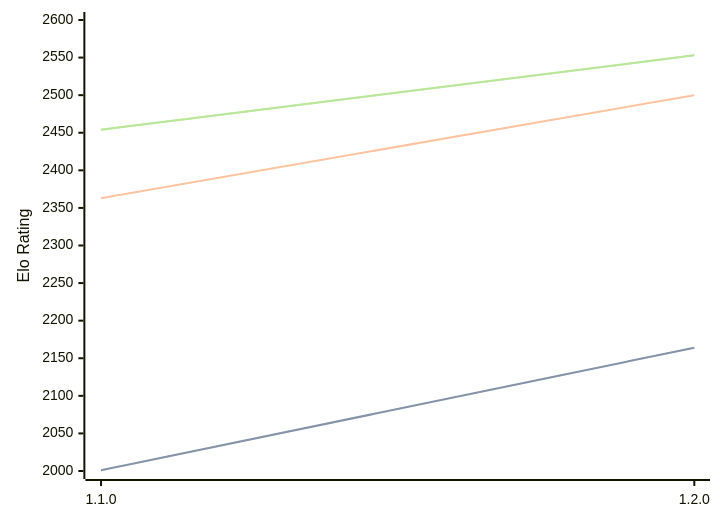
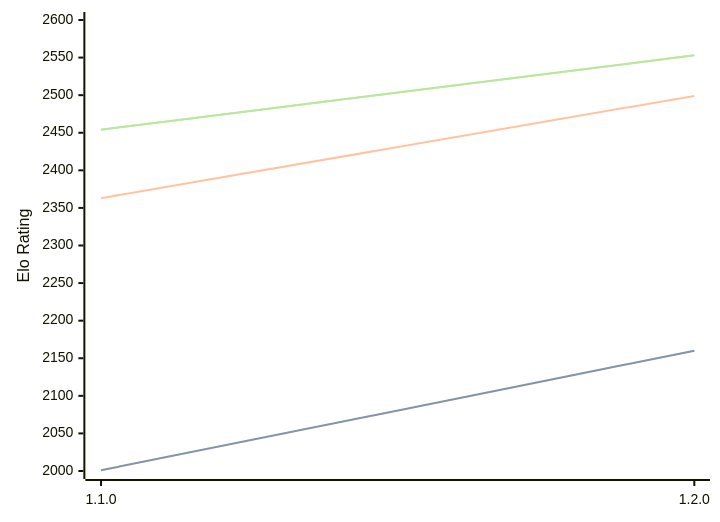
One commit to computer-chess-index/cci changed the diagram in engines/Gyatso.md. Above: the diagram before and after it, drawn with Mermaid. The commit also changed other lines of this file, not shown here.

Commit message:
Update CCI Ratings (ELO VLTC) - 2026-03-09

````diff
--- a/engines/Gyatso.md
+++ b/engines/Gyatso.md
@@ -31,11 +31,11 @@
 ```mermaid
 %%{init: {"theme":"base","themeVariables":{"seriesColors:['#a3a3a3','#222221','#faa371']}}}%%
 xychart-beta
   x-axis ["1.1.0", "1.2.0"]
   y-axis "Elo Rating" 2000 --> 2600
-  line "STC (8.0+0.08s)" [2001, 2164]
-  line "STC (8.0+0.08s)" [2001, 2164]
-  line "LTC (60.0+0.60s)" [2363, 2500]
+  line "STC (8.0+0.08s)" [2001, 2160]
+  line "STC (8.0+0.08s)" [2001, 2160]
+  line "LTC (60.0+0.60s)" [2363, 2499]
   line "VLTC (2m24s+1.12s)" [2454, 2553]
   line "VLTC (2m24s+1.12s)" [2454, 2553]
 ```
````
